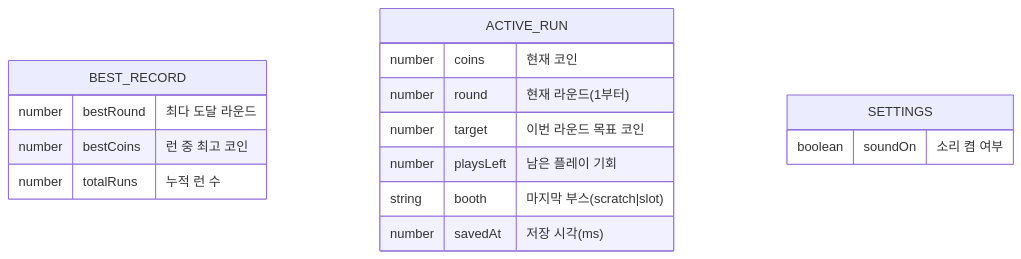
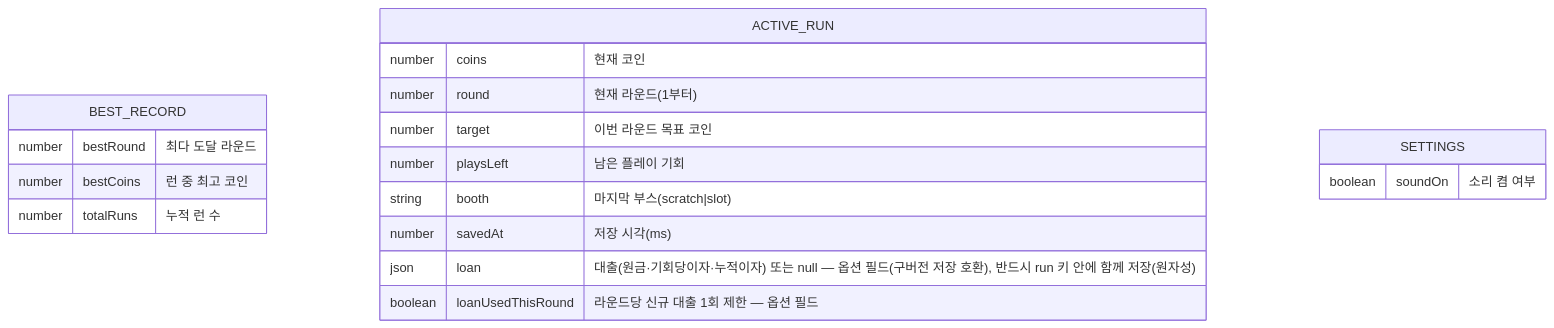
Before and after one commit to JoHarim/BootcampTest: the diagram in docs/plan/05-db.md, drawn with Mermaid. The commit also changed 12 other files, not shown here.

````diff
--- a/docs/plan/05-db.md
+++ b/docs/plan/05-db.md
@@ -9,19 +9,21 @@
 ```mermaid
 erDiagram
     BEST_RECORD {
         number bestRound "최다 도달 라운드"
         number bestCoins "런 중 최고 코인"
         number totalRuns "누적 런 수"
     }
     ACTIVE_RUN {
         number coins "현재 코인"
         number round "현재 라운드(1부터)"
         number target "이번 라운드 목표 코인"
         number playsLeft "남은 플레이 기회"
         string booth "마지막 부스(scratch|slot)"
         number savedAt "저장 시각(ms)"
+        json loan "대출(원금·기회당이자·누적이자) 또는 null — 옵션 필드(구버전 저장 호환), 반드시 run 키 안에 함께 저장(원자성)"
+        boolean loanUsedThisRound "라운드당 신규 대출 1회 제한 — 옵션 필드"
     }
     SETTINGS {
         boolean soundOn "소리 켬 여부"
     }
 ```
````
